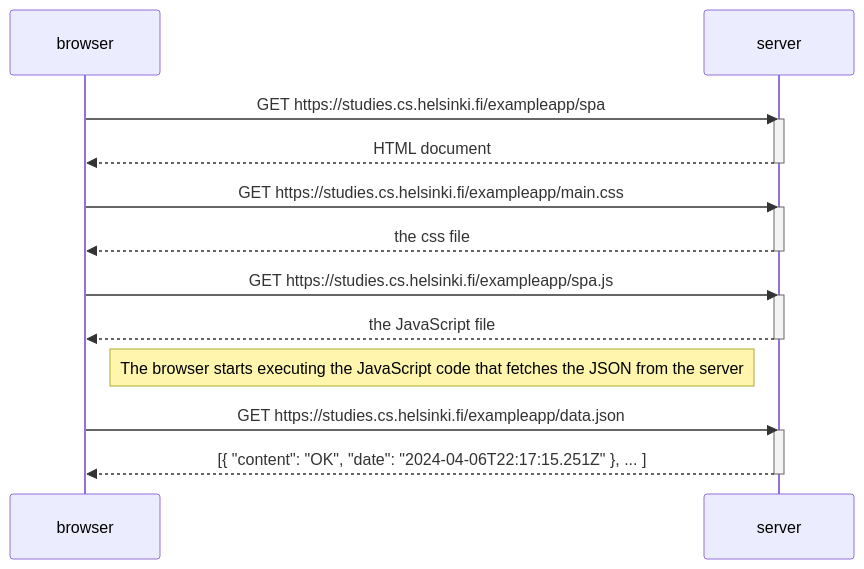
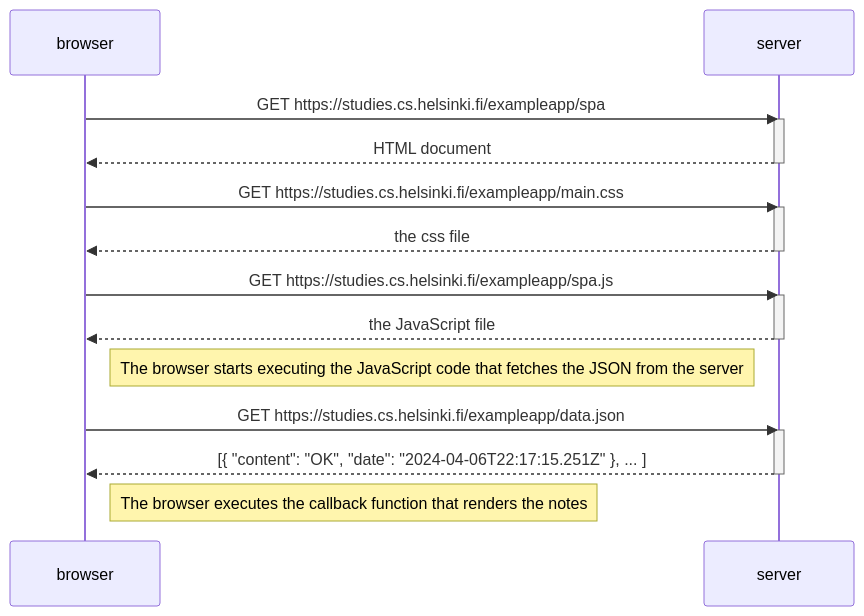
Before and after one commit to zetqr/fso-submission-repository: the diagram in part0/0.5_Single page app diagram.md, drawn with Mermaid.

Commit message:
Update 0.5_Single page app diagram.md

````diff
--- a/part0/0.5_Single page app diagram.md
+++ b/part0/0.5_Single page app diagram.md
@@ -4,27 +4,28 @@
 ```mermaid
 sequenceDiagram
     participant browser
     participant server
 
     browser->>server: GET https://studies.cs.helsinki.fi/exampleapp/spa
     activate server
     server-->>browser: HTML document
     deactivate server
 
     browser->>server: GET https://studies.cs.helsinki.fi/exampleapp/main.css
     activate server
     server-->>browser: the css file
     deactivate server
 
     browser->>server: GET https://studies.cs.helsinki.fi/exampleapp/spa.js
     activate server
     server-->>browser: the JavaScript file
     deactivate server
 
     Note right of browser: The browser starts executing the JavaScript code that fetches the JSON from the server
 
     browser->>server: GET https://studies.cs.helsinki.fi/exampleapp/data.json
     activate server
     server-->>browser: [{  "content": "OK", "date": "2024-04-06T22:17:15.251Z" }, ... ]
     deactivate server
+    Note right of browser: The browser executes the callback function that renders the notes
 ```
````
